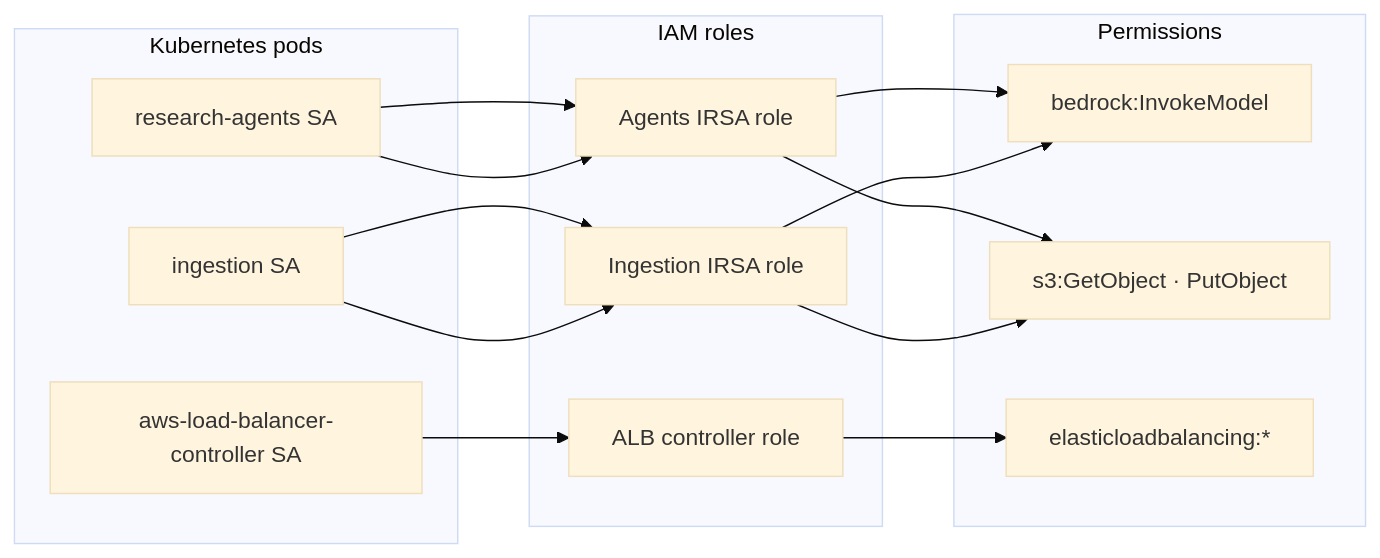
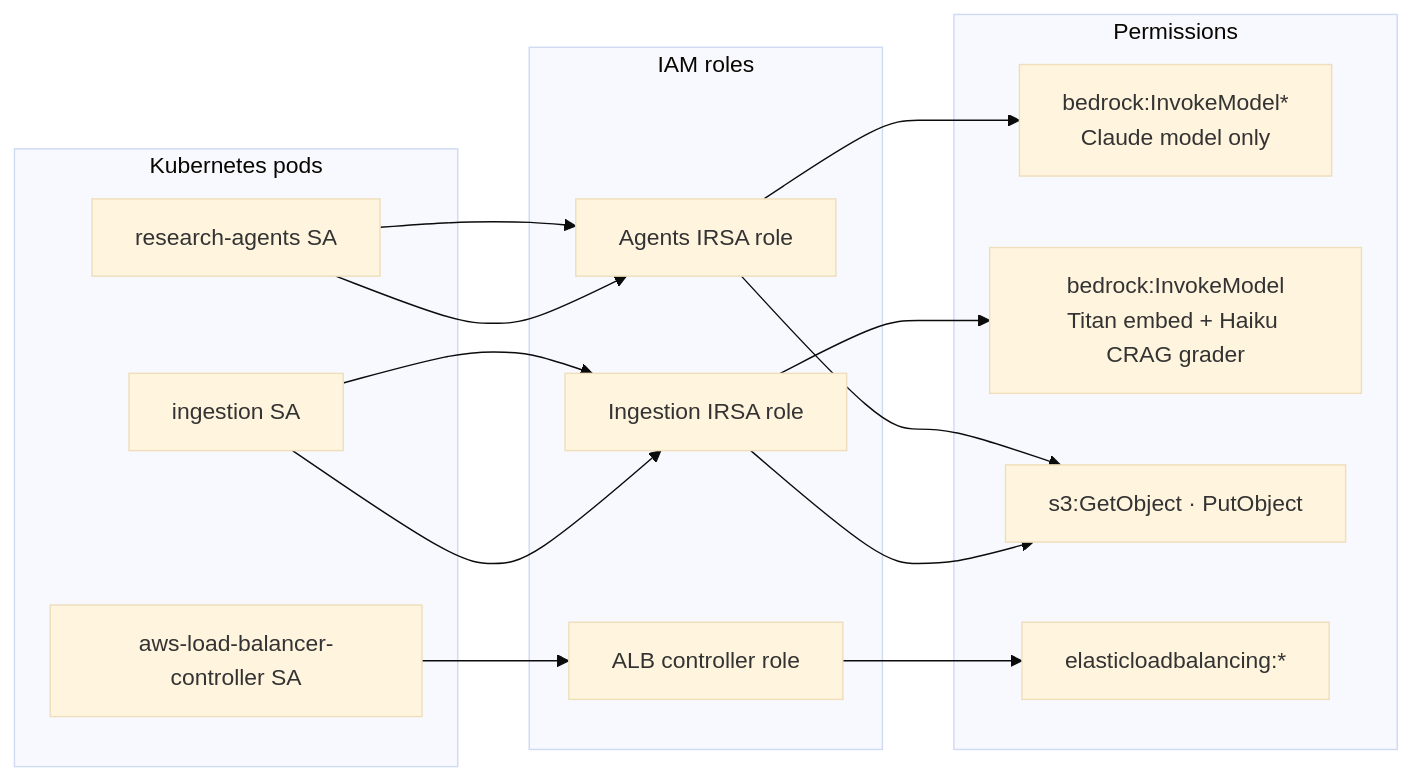
One commit to emguru/langrag changed the sixth of 7 diagrams in docs/ARCHITECTURE_DIAGRAM.md. Above: the diagram before and after it, drawn with Mermaid (base theme). The commit also changed other lines of this file and 45 other files, not shown here.

````diff
--- a/docs/ARCHITECTURE_DIAGRAM.md
+++ b/docs/ARCHITECTURE_DIAGRAM.md
@@ -187,26 +240,27 @@
 ```mermaid
 flowchart LR
   subgraph pods["Kubernetes pods"]
     A["research-agents SA"]
     I["ingestion SA"]
     ALB_SA["aws-load-balancer-controller SA"]
   end
 
   subgraph roles["IAM roles"]
     R1["Agents IRSA role"]
     R2["Ingestion IRSA role"]
     R3["ALB controller role"]
   end
 
   subgraph perms["Permissions"]
-    P1["bedrock:InvokeModel"]
-    P2["s3:GetObject · PutObject"]
-    P3["elasticloadbalancing:*"]
+    P1["bedrock:InvokeModel*<br/>Claude model only"]
+    P2["bedrock:InvokeModel<br/>Titan embed + Haiku CRAG grader"]
+    P3["s3:GetObject · PutObject"]
+    P4["elasticloadbalancing:*"]
   end
 
   A --> R1 --> P1
-  A --> R1 --> P2
-  I --> R2 --> P1
+  A --> R1 --> P3
   I --> R2 --> P2
-  ALB_SA --> R3 --> P3
+  I --> R2 --> P3
+  ALB_SA --> R3 --> P4
 ```
````
